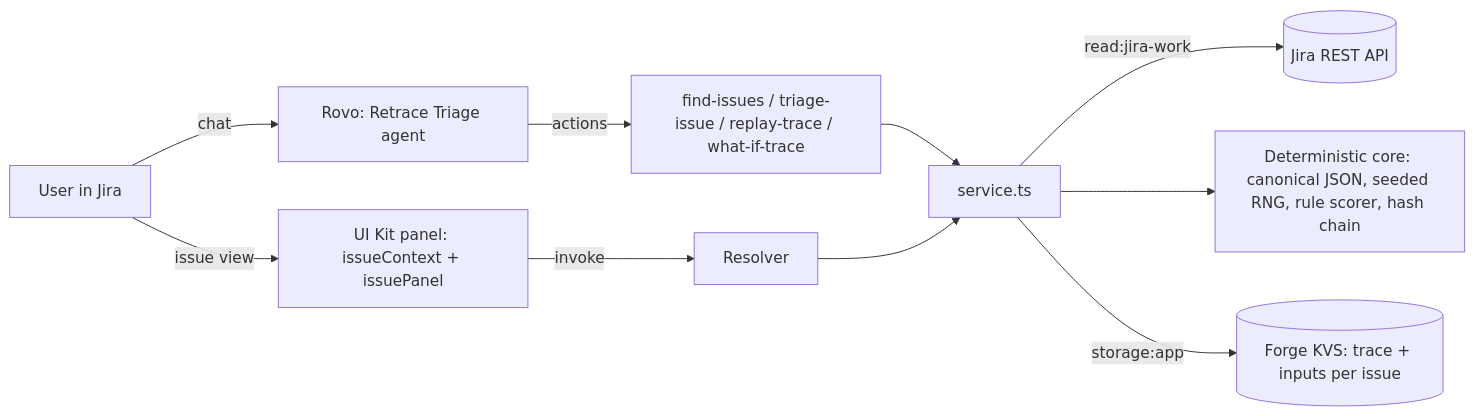
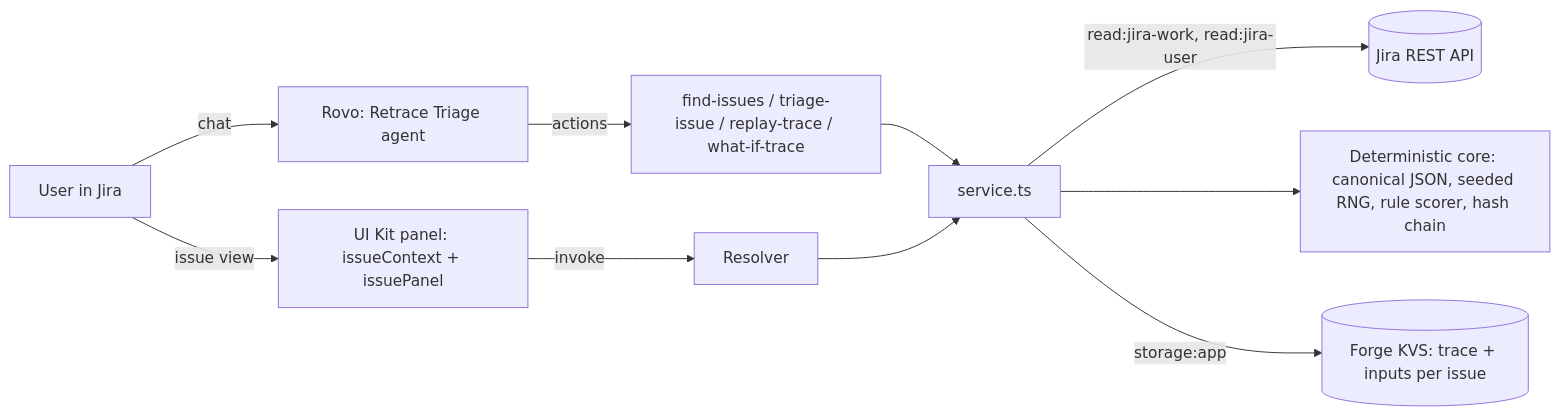
The diagram in README.md (05TIME/retrace), drawn with Mermaid before and after one commit. The commit also changed other lines of this file and 9 other files, not shown here.

Commit message:
feat: request read:jira-user so assignable-user lookup works on fresh sites

````diff
--- a/README.md
+++ b/README.md
@@ -15,12 +15,12 @@
 ```mermaid
 flowchart LR
   U[User in Jira] -->|chat| R[Rovo: Retrace Triage agent]
   U -->|issue view| P[UI Kit panel: issueContext + issuePanel]
   R -->|actions| A[find-issues / triage-issue / replay-trace / what-if-trace]
   P -->|invoke| S[Resolver]
   A --> SV[service.ts]
   S --> SV
-  SV -->|read:jira-work| J[(Jira REST API)]
+  SV -->|read:jira-work, read:jira-user| J[(Jira REST API)]
   SV --> C[Deterministic core: canonical JSON, seeded RNG, rule scorer, hash chain]
   SV -->|storage:app| K[(Forge KVS: trace + inputs per issue)]
 ```
````
